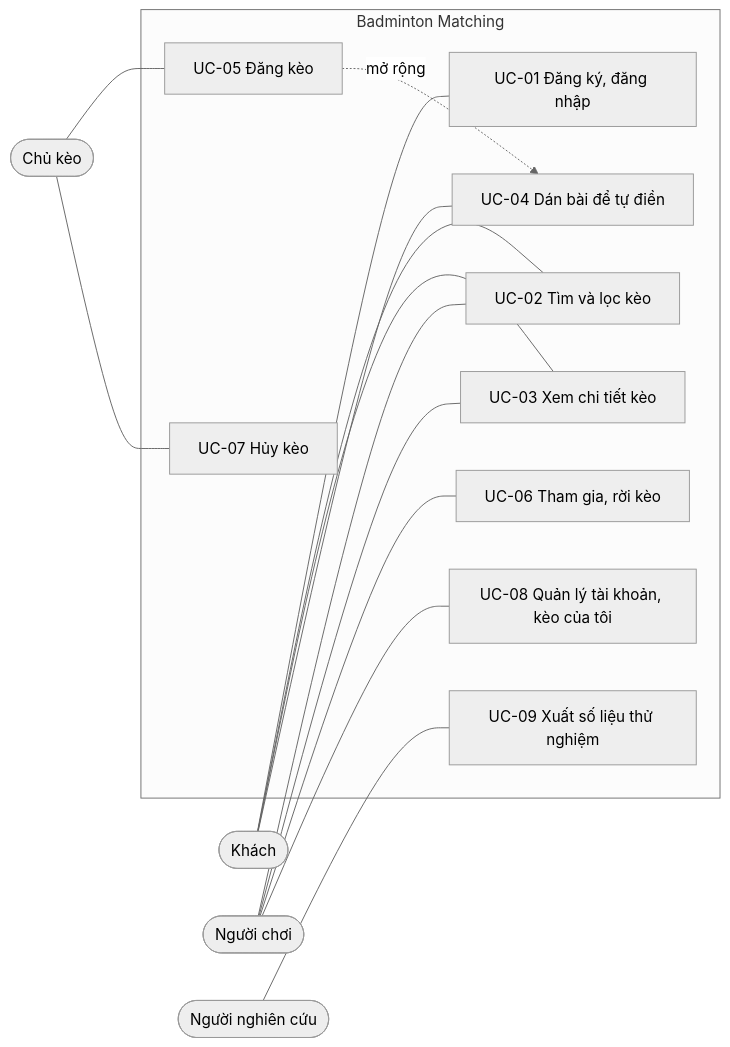
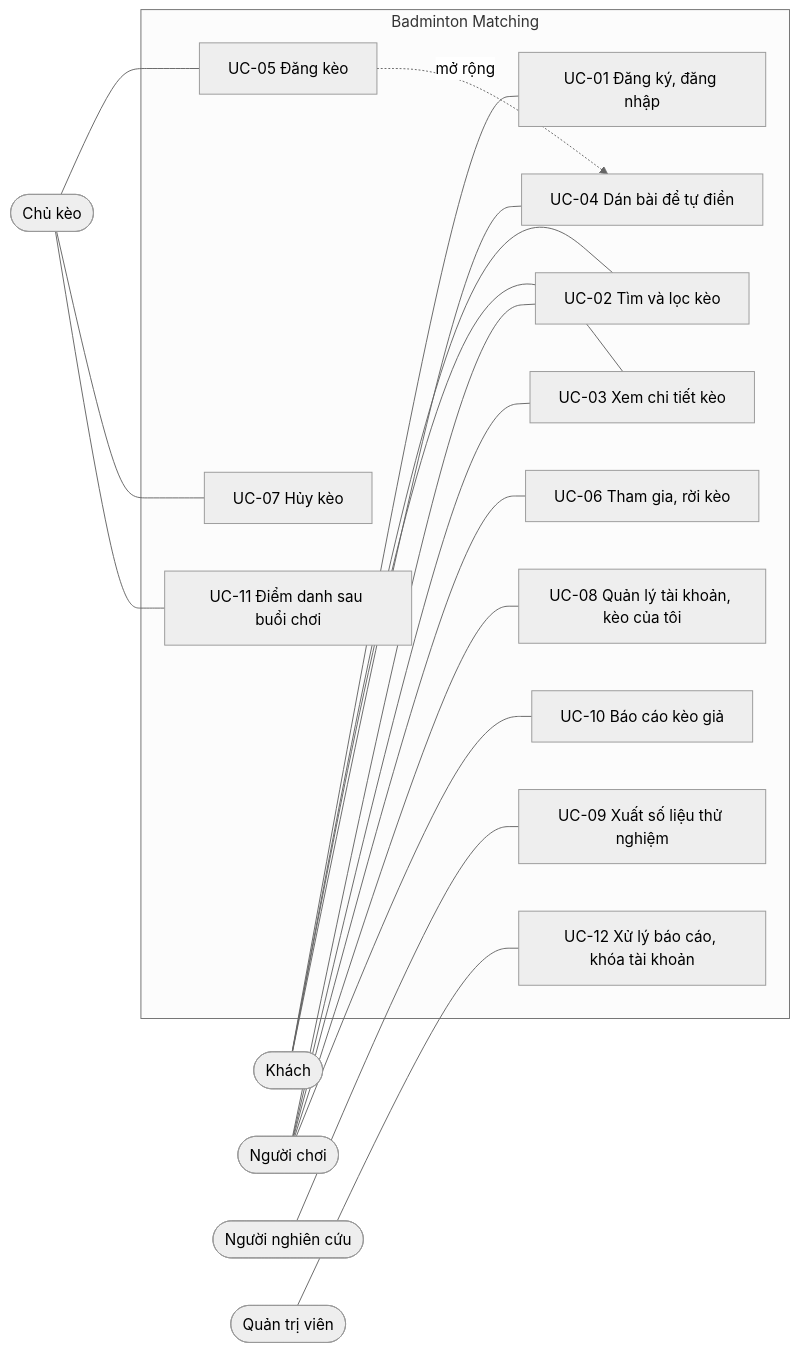
Before and after one commit to DucManh300905/Badminton-Matching: the diagram in docs/04-user-stories.md, drawn with Mermaid (neutral theme). The commit also changed other lines of this file and 1 other file, not shown here.

Commit message:
docs: user story chong spam, keo gia va xu ly bung keo (US-24 den US-31)

````diff
--- a/docs/04-user-stories.md
+++ b/docs/04-user-stories.md
@@ -96,32 +128,39 @@
 ```mermaid
 flowchart LR
     Khach(["Khách"])
     NguoiChoi(["Người chơi"])
     ChuKeo(["Chủ kèo"])
     NghienCuu(["Người nghiên cứu"])
+    QuanTri(["Quản trị viên"])
 
     subgraph HT["Badminton Matching"]
         UC01["UC-01 Đăng ký, đăng nhập"]
         UC02["UC-02 Tìm và lọc kèo"]
         UC03["UC-03 Xem chi tiết kèo"]
         UC04["UC-04 Dán bài để tự điền"]
         UC05["UC-05 Đăng kèo"]
         UC06["UC-06 Tham gia, rời kèo"]
         UC07["UC-07 Hủy kèo"]
         UC08["UC-08 Quản lý tài khoản, kèo của tôi"]
         UC09["UC-09 Xuất số liệu thử nghiệm"]
+        UC10["UC-10 Báo cáo kèo giả"]
+        UC11["UC-11 Điểm danh sau buổi chơi"]
+        UC12["UC-12 Xử lý báo cáo, khóa tài khoản"]
     end
 
     Khach --- UC01
     Khach --- UC02
     Khach --- UC03
     Khach --- UC04
     NguoiChoi --- UC02
     NguoiChoi --- UC03
     NguoiChoi --- UC06
     NguoiChoi --- UC08
     ChuKeo --- UC05
     ChuKeo --- UC07
     UC05 -. "mở rộng" .-> UC04
     NghienCuu --- UC09
+    NguoiChoi --- UC10
+    ChuKeo --- UC11
+    QuanTri --- UC12
 ```
````
